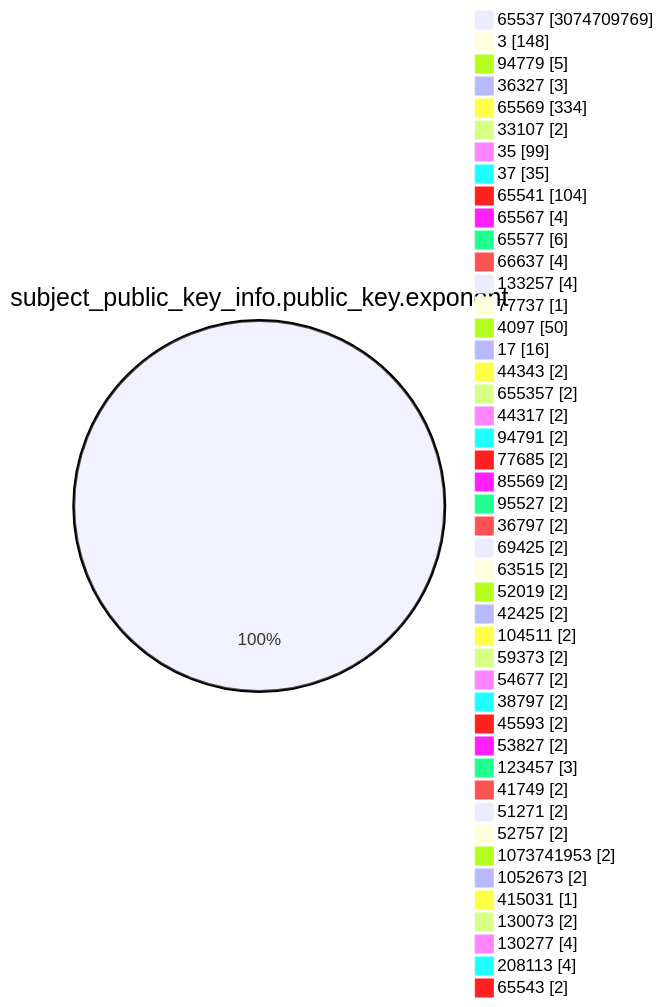
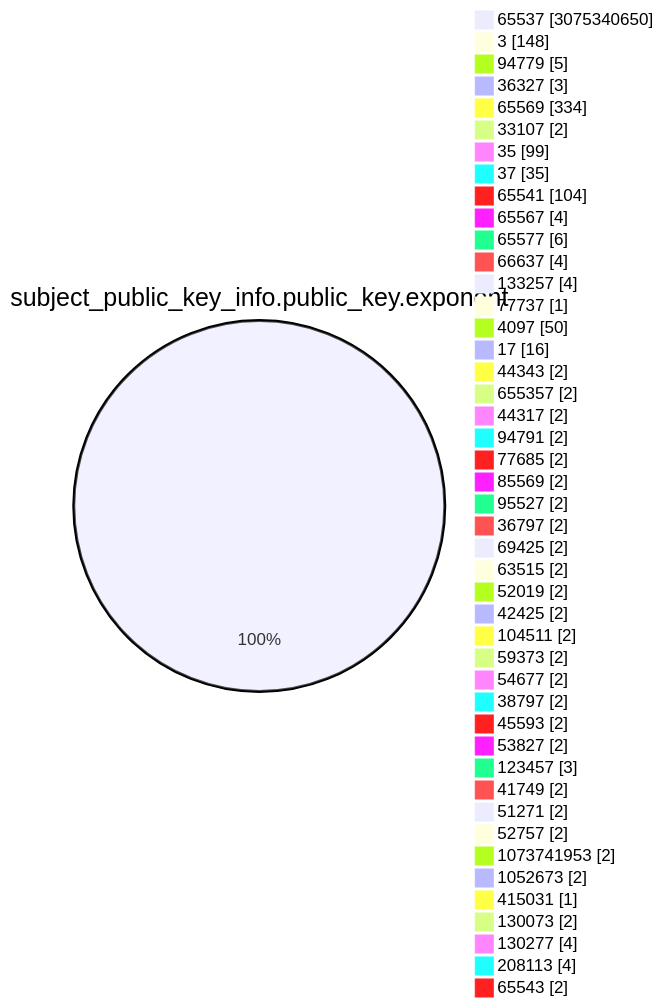
Before and after one commit to christiankrug/ctmonitor_visualization: the fourth of 15 diagrams in TOTAL/README.md, drawn with Mermaid. The commit also changed other lines of this file, not shown here.

````diff
--- a/TOTAL/README.md
+++ b/TOTAL/README.md
@@ -1473,49 +1473,49 @@
 ```mermaid
 pie showData
 title subject_public_key_info.public_key.exponent
-"65537" :3074709769
+"65537" :3075340650
 "3" :148
 "94779" :5
 "36327" :3
 "65569" :334
 "33107" :2
 "35" :99
 "37" :35
 "65541" :104
 "65567" :4
 "65577" :6
 "66637" :4
 "133257" :4
 "77737" :1
 "4097" :50
 "17" :16
 "44343" :2
 "655357" :2
 "44317" :2
 "94791" :2
 "77685" :2
 "85569" :2
 "95527" :2
 "36797" :2
 "69425" :2
 "63515" :2
 "52019" :2
 "42425" :2
 "104511" :2
 "59373" :2
 "54677" :2
 "38797" :2
 "45593" :2
 "53827" :2
 "123457" :3
 "41749" :2
 "51271" :2
 "52757" :2
 "1073741953" :2
 "1052673" :2
 "415031" :1
 "130073" :2
 "130277" :4
 "208113" :4
 "65543" :2
 ```
````
